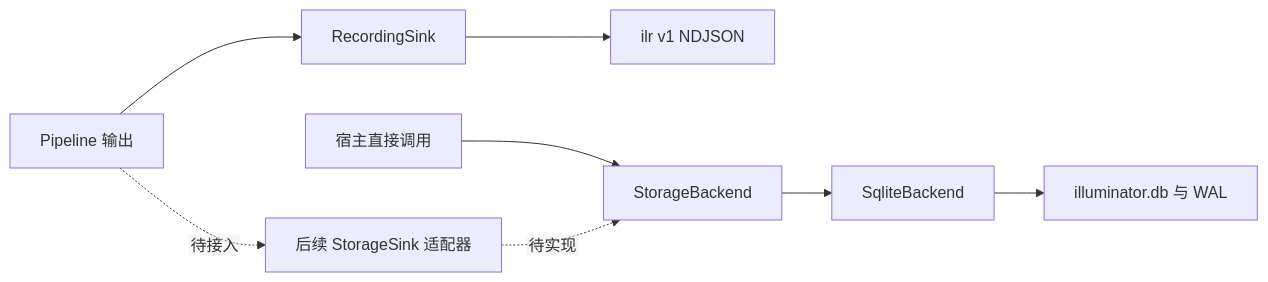
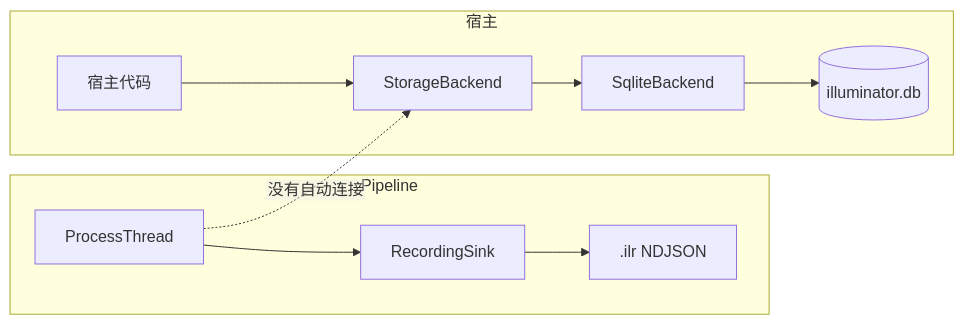
Before and after one commit to Franch-Toast/Scriptorium: the first of 4 diagrams in docs/document/撰修司/illuminator性能监控平台/设计方案/08-recording-and-storage.md, drawn with Mermaid. The commit also changed other lines of this file and 20 other files, not shown here.

````diff
--- a/docs/document/撰修司/illuminator性能监控平台/设计方案/08-recording-and-storage.md
+++ b/docs/document/撰修司/illuminator性能监控平台/设计方案/08-recording-and-storage.md
@@ -19,11 +24,14 @@
 ```mermaid
 %%{init: {"flowchart":{"useMaxWidth":false,"htmlLabels":false}}}%%
 flowchart LR
-    P[Pipeline 输出] --> R[RecordingSink]
-    R --> F[ilr v1 NDJSON]
-    H[宿主直接调用] --> S[StorageBackend]
-    S --> DB[SqliteBackend]
-    DB --> FILE[illuminator.db 与 WAL]
-    X[后续 StorageSink 适配器] -.待实现.-> S
-    P -.待接入.-> X
+    subgraph PIPE["Pipeline"]
+        P["ProcessThread"] --> RS["RecordingSink"]
+        RS --> ILR[".ilr NDJSON"]
+    end
+    subgraph HOST["宿主"]
+        H["宿主代码"] --> SB["StorageBackend"]
+        SB --> SQ["SqliteBackend"]
+        SQ --> DB[("illuminator.db")]
+    end
+    P -.没有自动连接.-> SB
 ```
````
